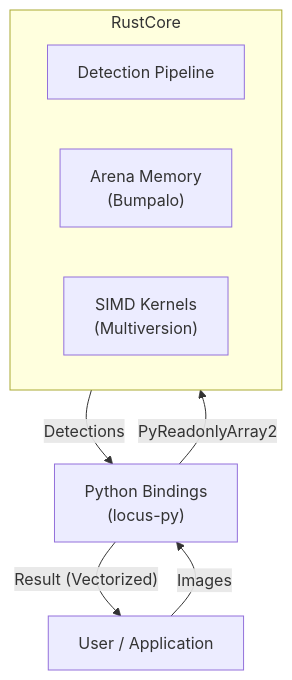
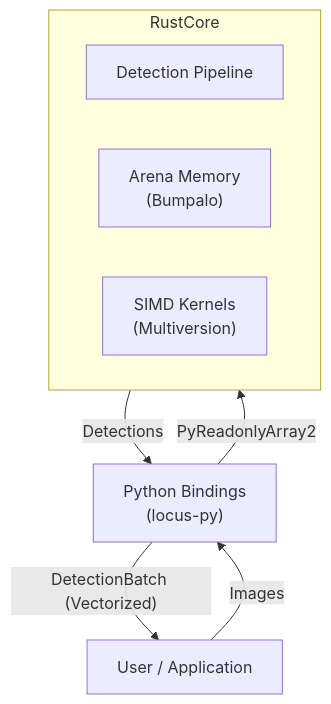
Before and after one commit to NoeFontana/locus-tag: the first of 6 diagrams in docs/explanation/architecture.md, drawn with Mermaid. The commit also changed other lines of this file, not shown here.

Commit message:
docs(conductor): Synchronize docs for track 'Transform the locus-py interface into a vectorized, ML-ready Python API'

````diff
--- a/docs/explanation/architecture.md
+++ b/docs/explanation/architecture.md
@@ -9,14 +9,14 @@
 ```mermaid
 flowchart TD
     User[User / Application] -->|Images| PyBindings["Python Bindings<br/>(locus-py)"]
     PyBindings -->|PyReadonlyArray2| RustCore["Rust Core<br/>(locus-core)"]
 
     subgraph RustCore
         Pipeline["Detection Pipeline"]
         Memory["Arena Memory<br/>(Bumpalo)"]
         SIMD["SIMD Kernels<br/>(Multiversion)"]
     end
 
     RustCore -->|Detections| PyBindings
-    PyBindings -->|"Result (Vectorized)"| User
+    PyBindings -->|"DetectionBatch (Vectorized)"| User
 ```
````
